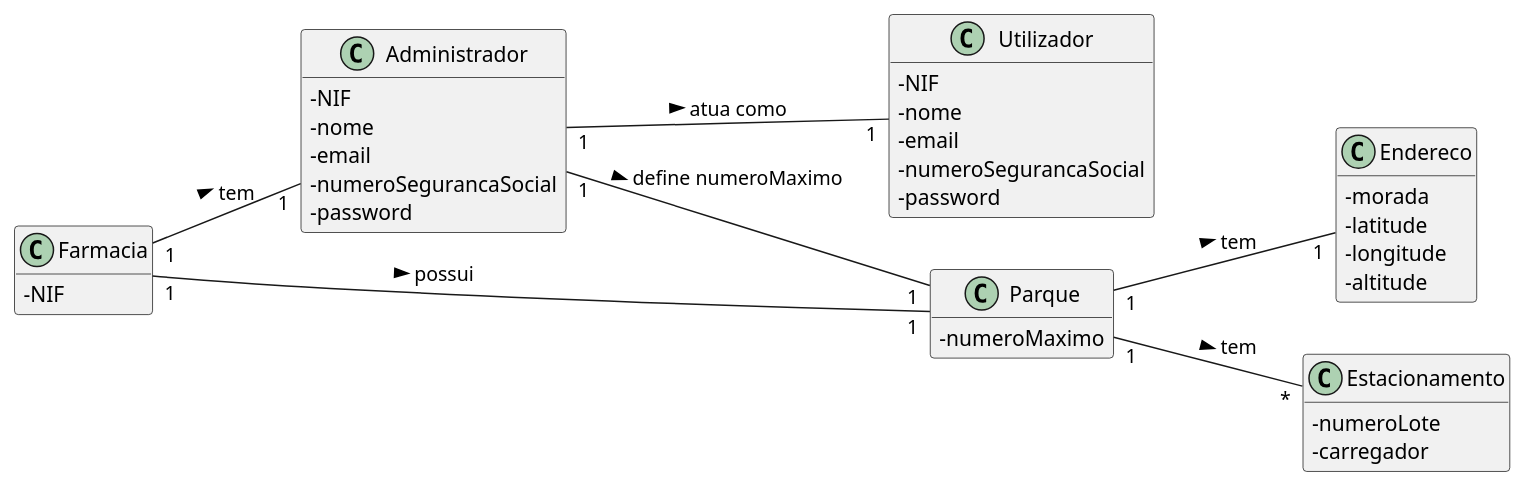
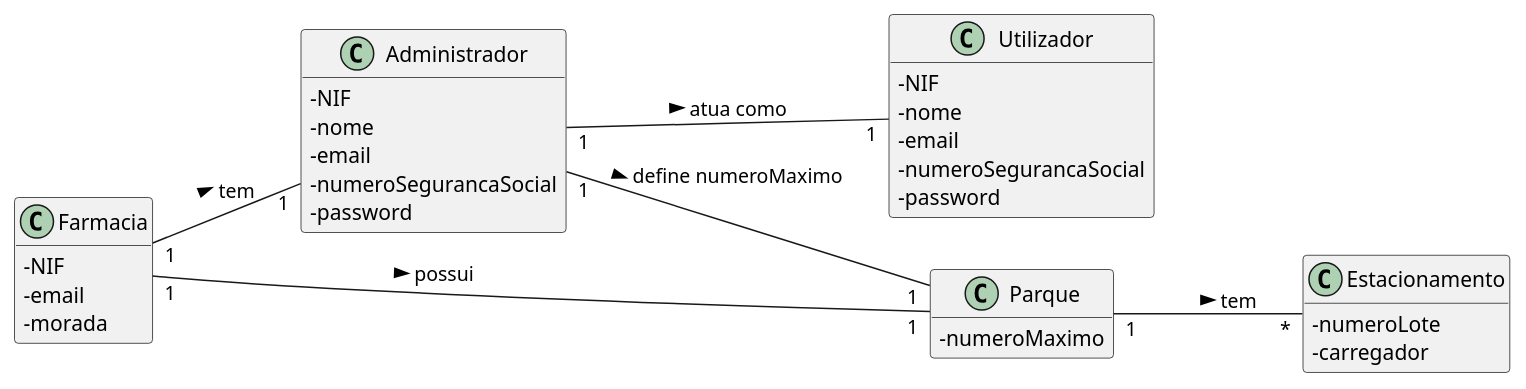
The diagram in docs/UC83/MD-INSERIR ESTACIONAMENTO.puml (pedrolemos4/LAPR3), drawn with PlantUML before and after one commit. The commit also changed 7 other files, not shown here.

```diff
--- a/docs/UC83/MD-INSERIR ESTACIONAMENTO.puml
+++ b/docs/UC83/MD-INSERIR ESTACIONAMENTO.puml
@@ -1,49 +1,43 @@
 @startuml
 skinparam classAttributeIconSize 0
 hide methods
 left to right direction
 
 class Farmacia {
   -NIF
+  -email
+  -morada
+}
+
+class Estacionamento {
+  -numeroLote
+  -carregador
 }
 
 class Utilizador {
   -NIF
   -nome
   -email
   -numeroSegurancaSocial
   -password
 }
 
 class Administrador {
   -NIF
   -nome
   -email
   -numeroSegurancaSocial
   -password
 }
 
-class Endereco {
-  -morada
-  -latitude
-  -longitude
-  -altitude
-}
-
 class Parque {
   -numeroMaximo
-}
-
-class Estacionamento {
-  -numeroLote
-  -carregador
 }
 
 Administrador "1" -- "1" Utilizador: atua como >
 Administrador "1" -- "1" Parque: define numeroMaximo >
 Farmacia "1" -- "1" Parque: possui >
-Parque "1" -- "1" Endereco: tem >
+Parque "1" -- "*" Estacionamento: tem >
 Farmacia "1" -- "1" Administrador: tem >
-Parque "1" -- "*" Estacionamento: tem >
 
 @enduml
```
